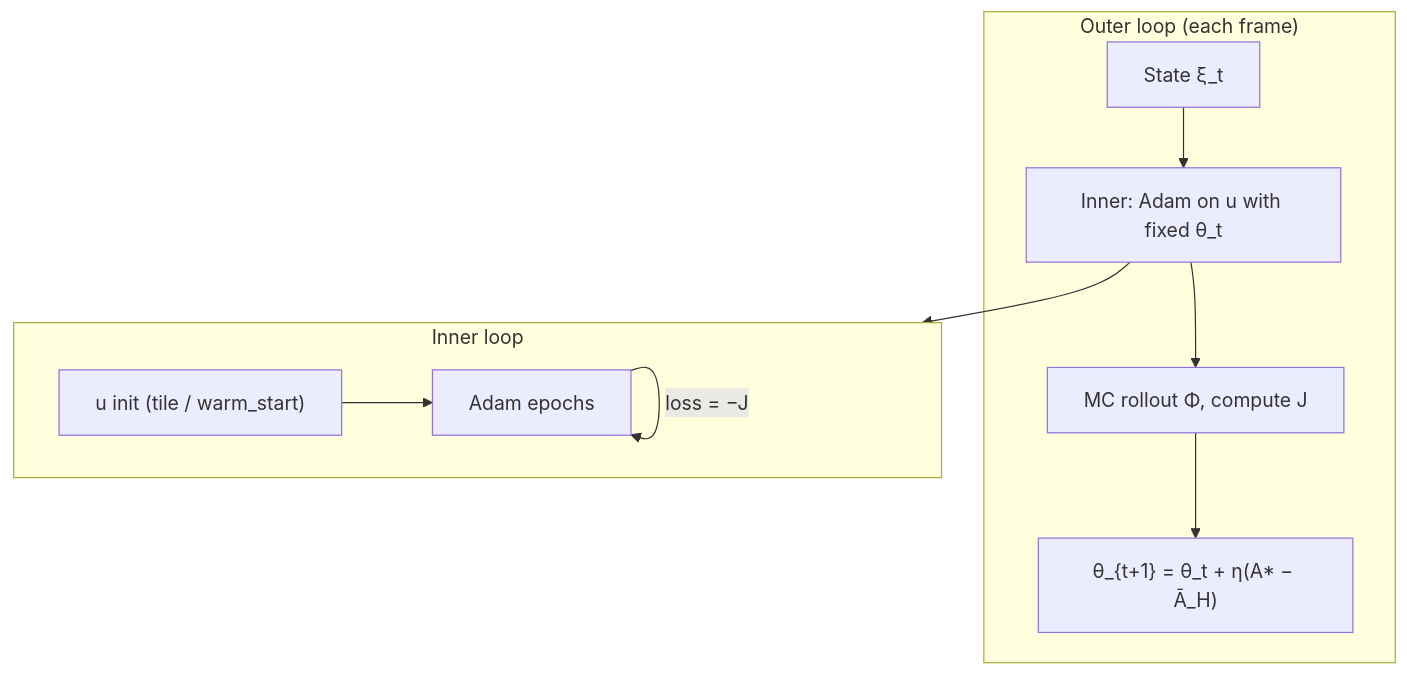
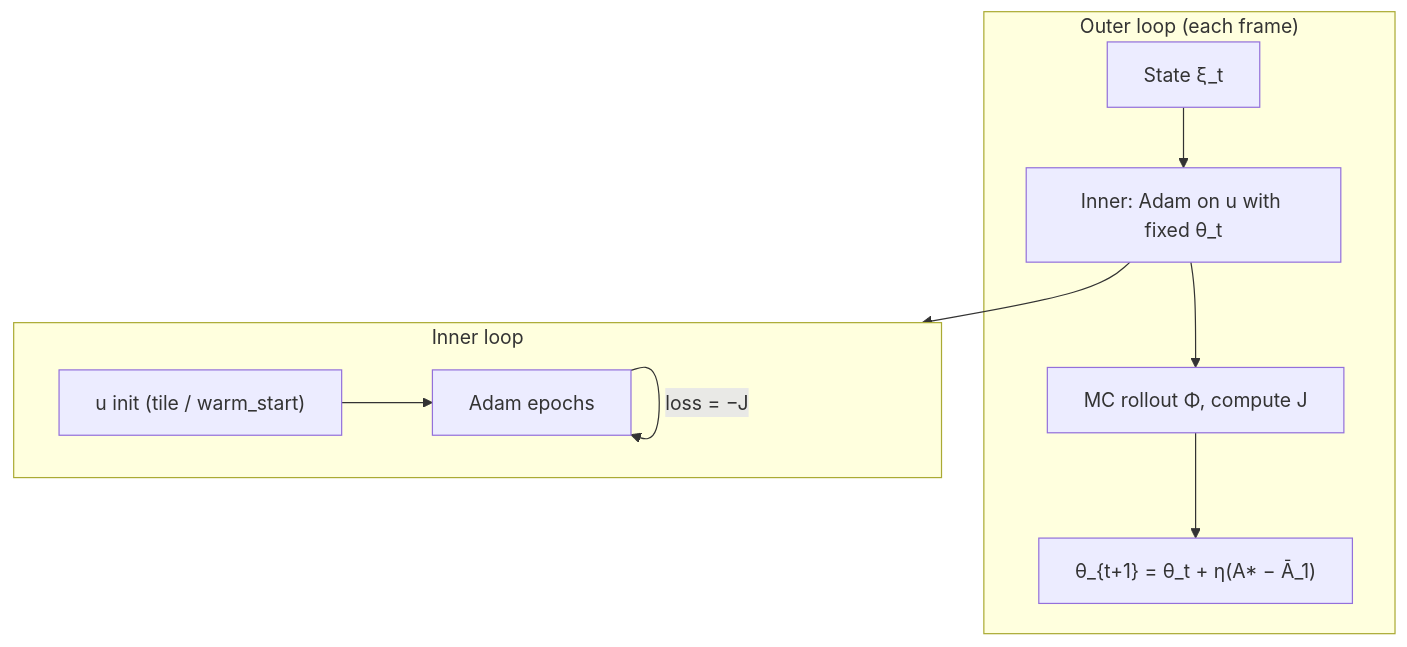
The diagram in docs/mpc-optimization-objective.md (golipour/market-maker), drawn with Mermaid before and after one commit. The commit also changed other lines of this file and 2 other files, not shown here.

````diff
--- a/docs/mpc-optimization-objective.md
+++ b/docs/mpc-optimization-objective.md
@@ -380,19 +380,19 @@
 ```mermaid
 flowchart TB
   subgraph outer["Outer loop (each frame)"]
     xi["State ξ_t"]
     inner["Inner: Adam on u with fixed θ_t"]
     eval["MC rollout Φ, compute J"]
-    dual["θ_{t+1} = θ_t + η(A* − Ā_H)"]
+    dual["θ_{t+1} = θ_t + η(A* − Ā_1)"]
     xi --> inner
     inner --> eval
     eval --> dual
   end
   subgraph inner_detail["Inner loop"]
     u0["u init (tile / warm_start)"]
     adam["Adam epochs"]
     u0 --> adam
     adam -->|"loss = −J"| adam
   end
   inner --> inner_detail
 ```
````
